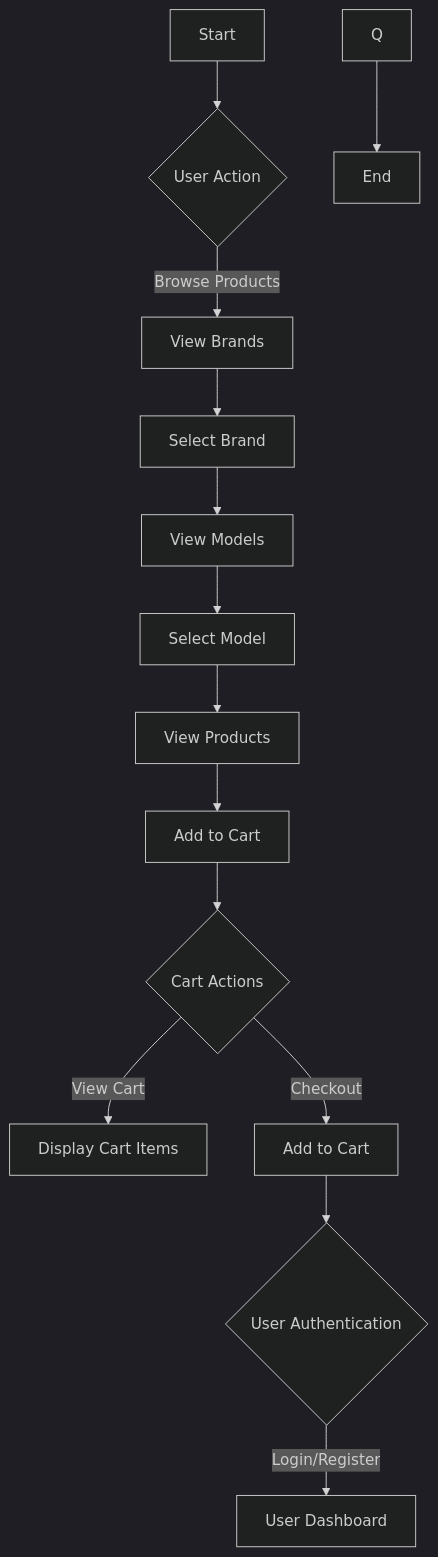
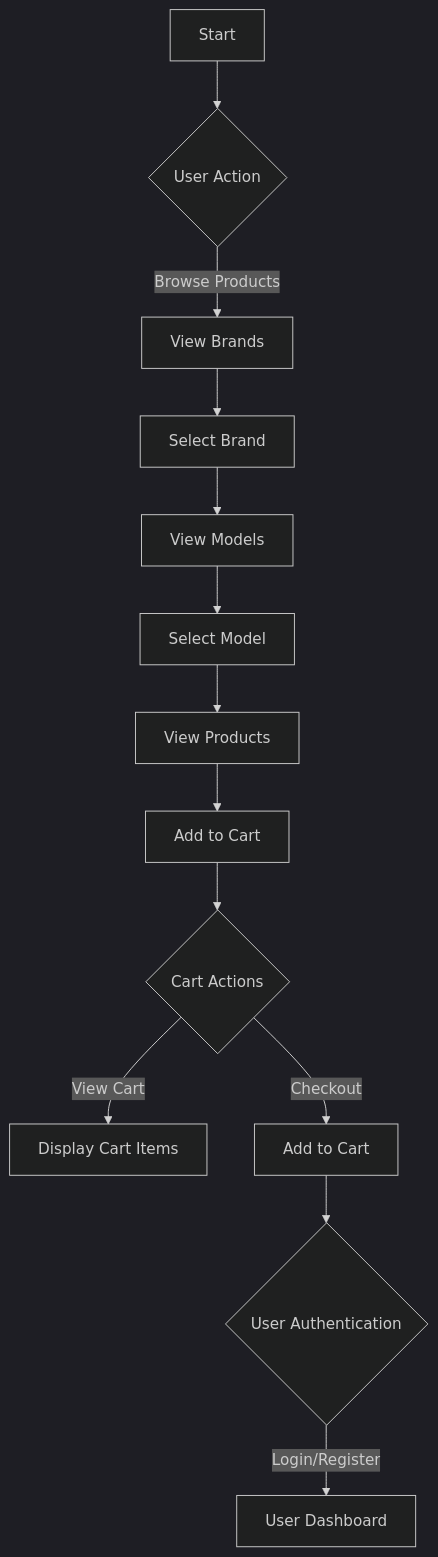
The diagram in README.md (mchmdirvan/skinify-web), drawn with Mermaid (dark theme) before and after one commit.

````diff
--- a/README.md
+++ b/README.md
@@ -36,16 +36,15 @@
 ```mermaid
 flowchart TD
     A[Start] --> B{User Action}
     B -->|Browse Products| C[View Brands]
     C --> D[Select Brand]
     D --> E[View Models]
     E --> F[Select Model]
     F --> G[View Products]
     G --> H[Add to Cart]
     H --> I{Cart Actions}
     I -->|View Cart| J[Display Cart Items]
     I -->|Checkout| K[Add to Cart]
     K --> L{User Authentication}
     L -->|Login/Register| M[User Dashboard]
-    Q --> R[End]
 ```
````
